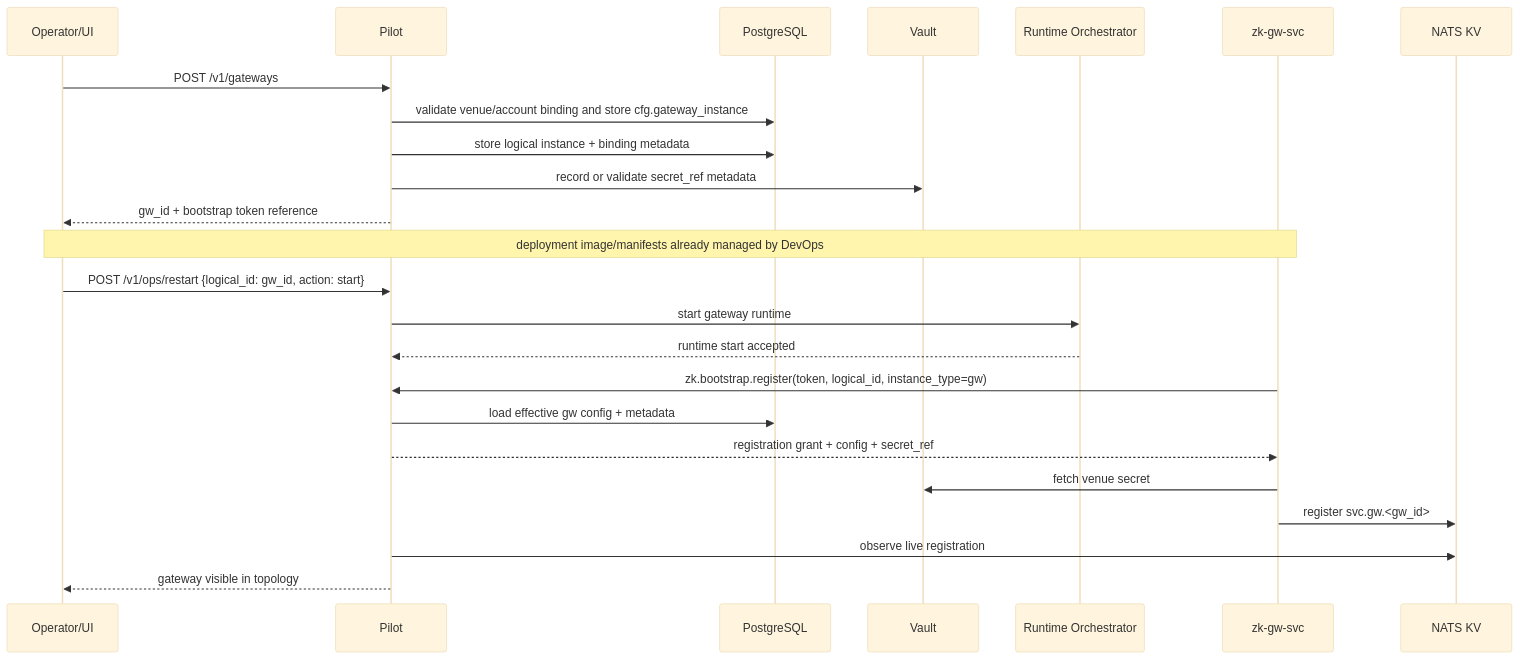
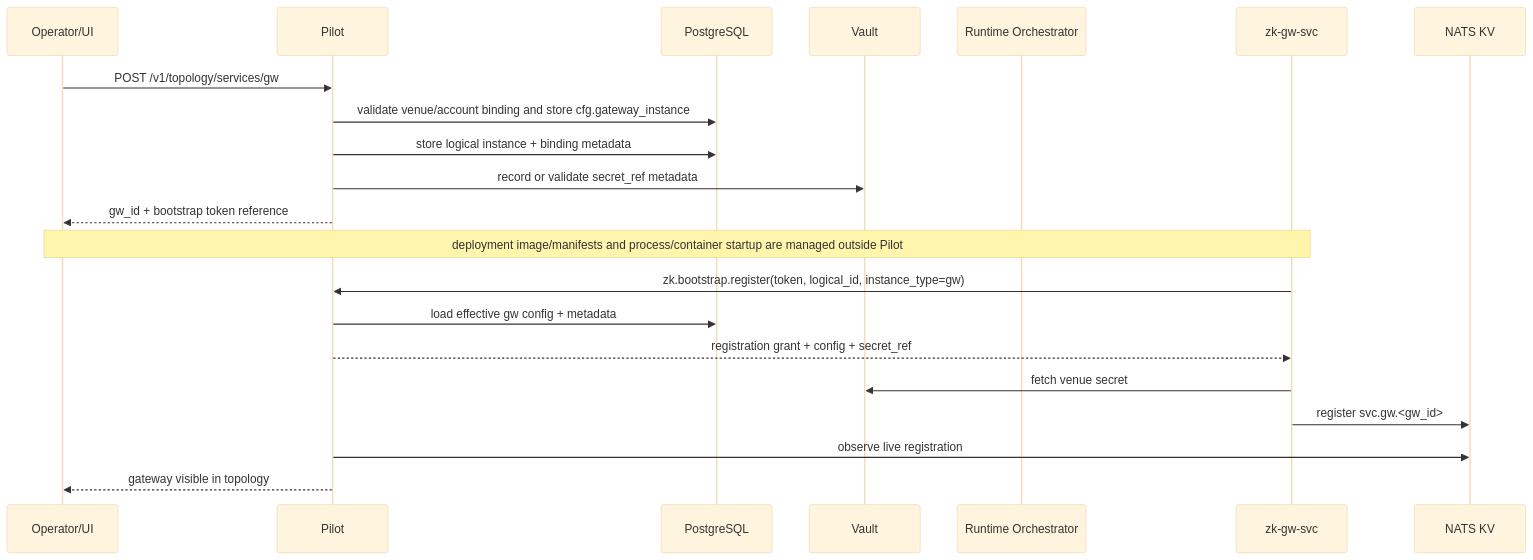
One commit to soyvv/zkbot changed the first of 6 diagrams in docs/system-arch/services/pilot_service.md. Above: the diagram before and after it, drawn with Mermaid (base theme). The commit also changed other lines of this file and 10 other files, not shown here.

````diff
--- a/docs/system-arch/services/pilot_service.md
+++ b/docs/system-arch/services/pilot_service.md
@@ -458,28 +1155,25 @@
 ```mermaid
 sequenceDiagram
     participant U as Operator/UI
     participant P as Pilot
     participant DB as PostgreSQL
     participant V as Vault
     participant R as Runtime Orchestrator
     participant GW as zk-gw-svc
     participant KV as NATS KV
 
-    U->>P: POST /v1/gateways
+    U->>P: POST /v1/topology/services/gw
     P->>DB: validate venue/account binding and store cfg.gateway_instance
     P->>DB: store logical instance + binding metadata
     P->>V: record or validate secret_ref metadata
     P-->>U: gw_id + bootstrap token reference
 
-    Note over U,GW: deployment image/manifests already managed by DevOps
-    U->>P: POST /v1/ops/restart {logical_id: gw_id, action: start}
-    P->>R: start gateway runtime
-    R-->>P: runtime start accepted
+    Note over U,GW: deployment image/manifests and process/container startup are managed outside Pilot
     GW->>P: zk.bootstrap.register(token, logical_id, instance_type=gw)
     P->>DB: load effective gw config + metadata
     P-->>GW: registration grant + config + secret_ref
     GW->>V: fetch venue secret
     GW->>KV: register svc.gw.<gw_id>
     P->>KV: observe live registration
     P-->>U: gateway visible in topology
 ```
````
